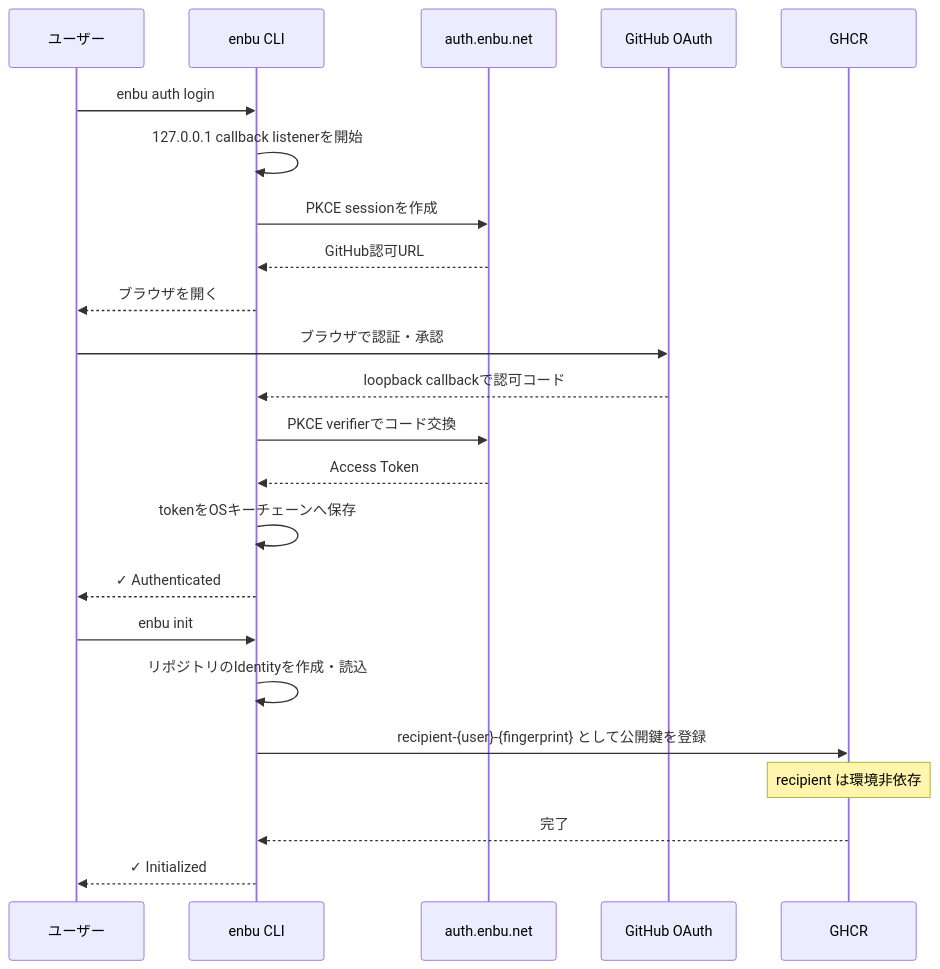
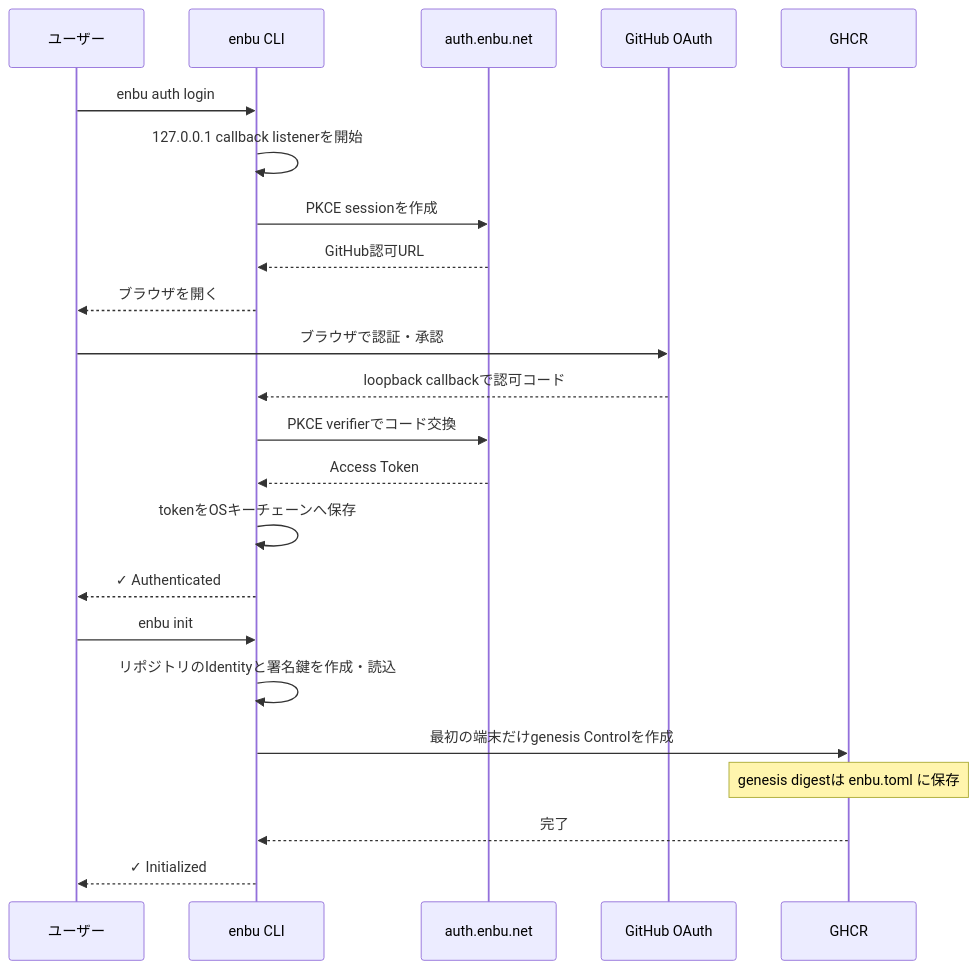
One commit to enbu-net/enbu changed the first of 3 diagrams in README.ja.md. Above: the diagram before and after it, drawn with Mermaid. The commit also changed other lines of this file and 1 other file, not shown here.

Commit message:
docs(readme): describe signed control and device approval flow (#398)

````diff
--- a/README.ja.md
+++ b/README.ja.md
@@ -203,27 +232,27 @@
 ```mermaid
 sequenceDiagram
     participant User as ユーザー
     participant CLI as enbu CLI
     participant Auth as auth.enbu.net
     participant GitHub as GitHub OAuth
     participant GHCR as GHCR
 
     User->>CLI: enbu auth login
     CLI->>CLI: 127.0.0.1 callback listenerを開始
     CLI->>Auth: PKCE sessionを作成
     Auth-->>CLI: GitHub認可URL
     CLI-->>User: ブラウザを開く
     User->>GitHub: ブラウザで認証・承認
     GitHub-->>CLI: loopback callbackで認可コード
     CLI->>Auth: PKCE verifierでコード交換
     Auth-->>CLI: Access Token
     CLI->>CLI: tokenをOSキーチェーンへ保存
     CLI-->>User: ✓ Authenticated
 
     User->>CLI: enbu init
-    CLI->>CLI: リポジトリのIdentityを作成・読込
-    CLI->>GHCR: recipient-{user}-{fingerprint} として公開鍵を登録
-    Note over GHCR: recipient は環境非依存
+    CLI->>CLI: リポジトリのIdentityと署名鍵を作成・読込
+    CLI->>GHCR: 最初の端末だけgenesis Controlを作成
+    Note over GHCR: genesis digestは enbu.toml に保存
     GHCR-->>CLI: 完了
     CLI-->>User: ✓ Initialized
 ```
````
